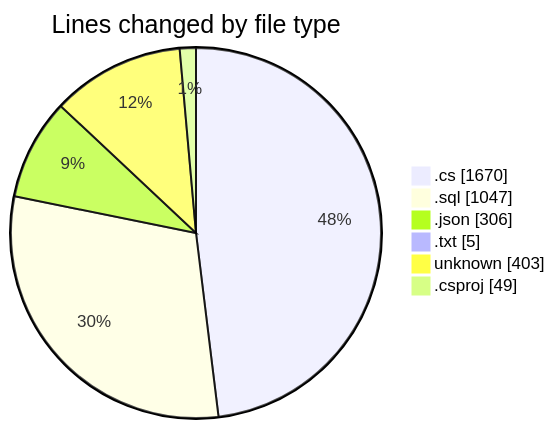
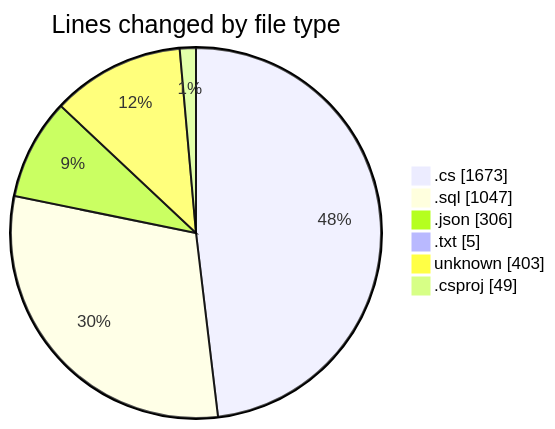
One commit to Netris89/code-tracking changed the first of 2 diagrams in 2025-04-04/back-end/README.md. Above: the diagram before and after it, drawn with Mermaid. The commit also changed other lines of this file and 1 other file, not shown here.

````diff
--- a/2025-04-04/back-end/README.md
+++ b/2025-04-04/back-end/README.md
@@ -34,10 +34,10 @@
 ```mermaid
 pie showData
 title Lines changed by file type
-".cs" : 1670
+".cs" : 1673
 ".sql" : 1047
 ".json" : 306
 ".txt" : 5
 "unknown" : 403
 ".csproj" : 49
 ```
````
